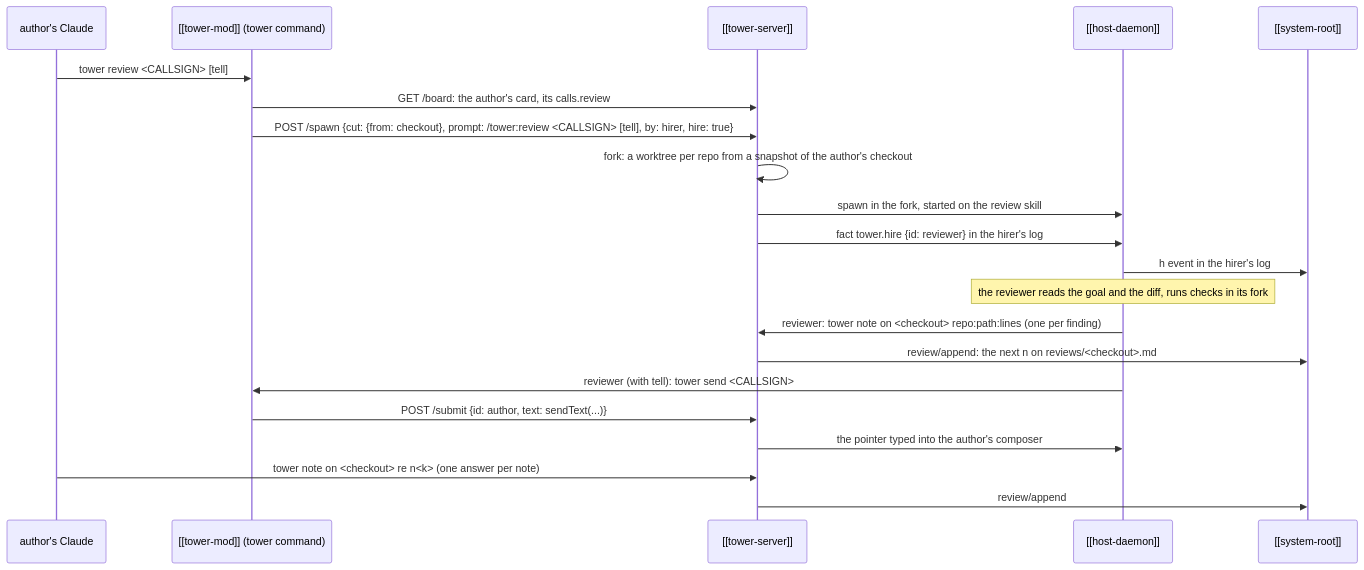
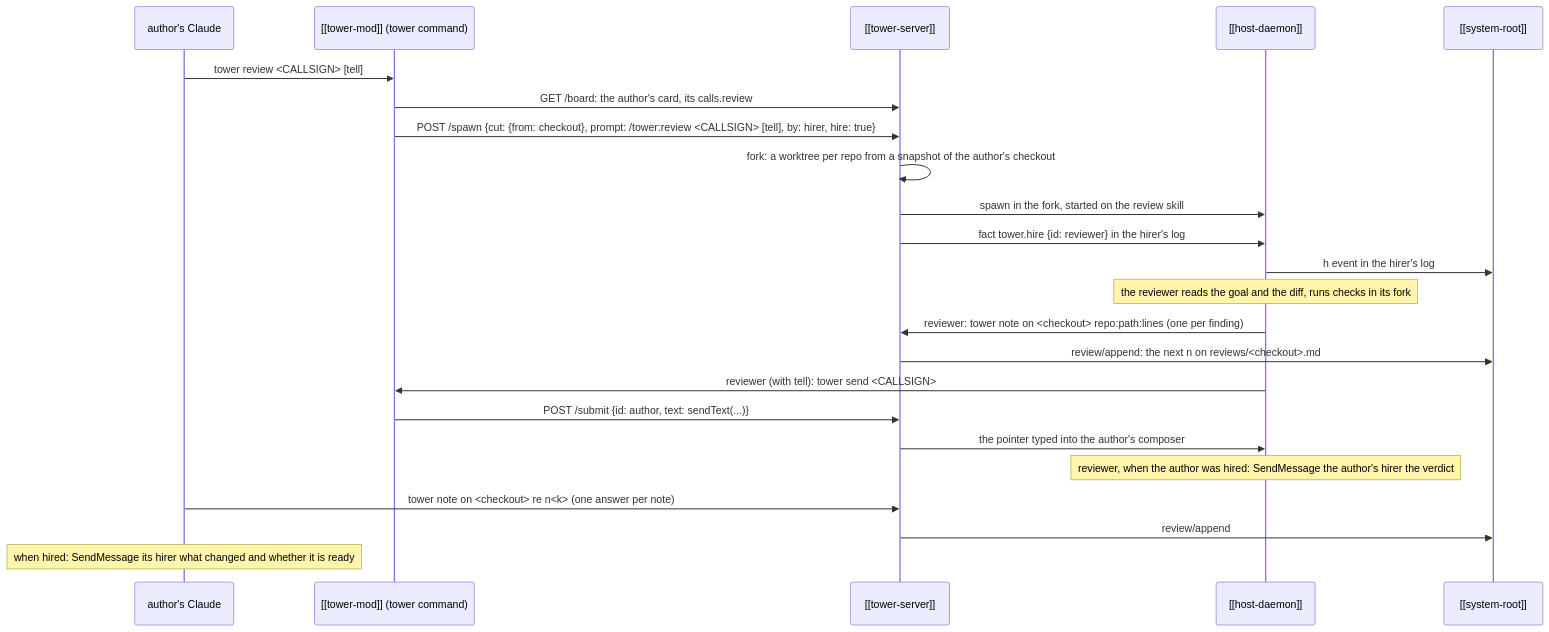
Before and after one commit to CarlosBonetti/the-tower: the diagram in kb/entities/flows/review-round.md, drawn with Mermaid. The commit also changed other lines of this file and 13 other files, not shown here.

First line of the commit message:
mod: a hired author reports to its hirer after answering a review, and the reviewer tells the hirer its verdict

````diff
--- a/kb/entities/flows/review-round.md
+++ b/kb/entities/flows/review-round.md
@@ -12,23 +12,25 @@
 ```mermaid
 sequenceDiagram
   participant A as author's Claude
   participant M as [[tower-mod]] (tower command)
   participant T as [[tower-server]]
   participant H as [[host-daemon]]
   participant R as [[system-root]]
   A->>M: tower review <CALLSIGN> [tell]
   M->>T: GET /board: the author's card, its calls.review
   M->>T: POST /spawn {cut: {from: checkout}, prompt: /tower:review <CALLSIGN> [tell], by: hirer, hire: true}
   T->>T: fork: a worktree per repo from a snapshot of the author's checkout
   T->>H: spawn in the fork, started on the review skill
   T->>H: fact tower.hire {id: reviewer} in the hirer's log
   H->>R: h event in the hirer's log
   Note over H: the reviewer reads the goal and the diff, runs checks in its fork
   H->>T: reviewer: tower note on <checkout> repo:path:lines (one per finding)
   T->>R: review/append: the next n on reviews/<checkout>.md
   H->>M: reviewer (with tell): tower send <CALLSIGN>
   M->>T: POST /submit {id: author, text: sendText(...)}
   T->>H: the pointer typed into the author's composer
+  Note over H: reviewer, when the author was hired: SendMessage the author's hirer the verdict
   A->>T: tower note on <checkout> re n<k> (one answer per note)
   T->>R: review/append
+  Note over A: when hired: SendMessage its hirer what changed and whether it is ready
 ```
````
